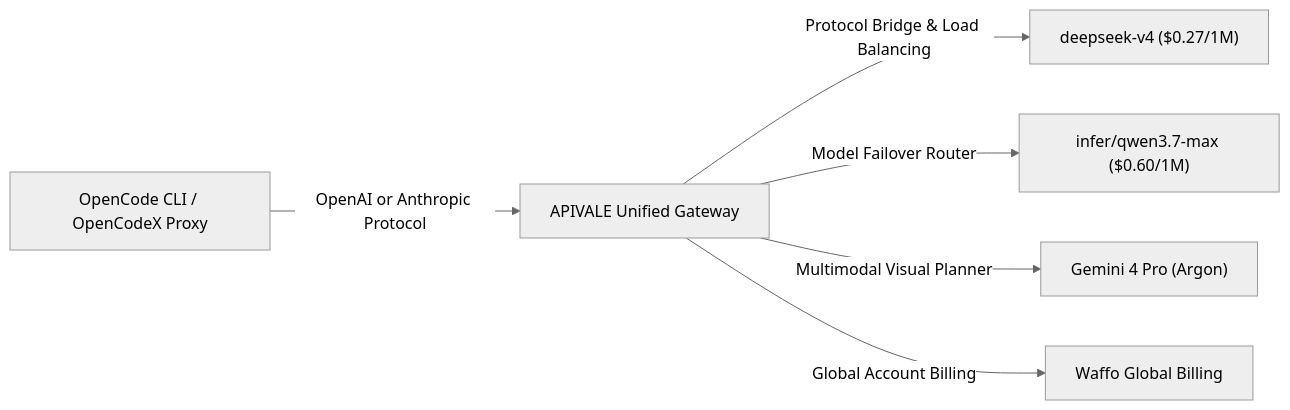
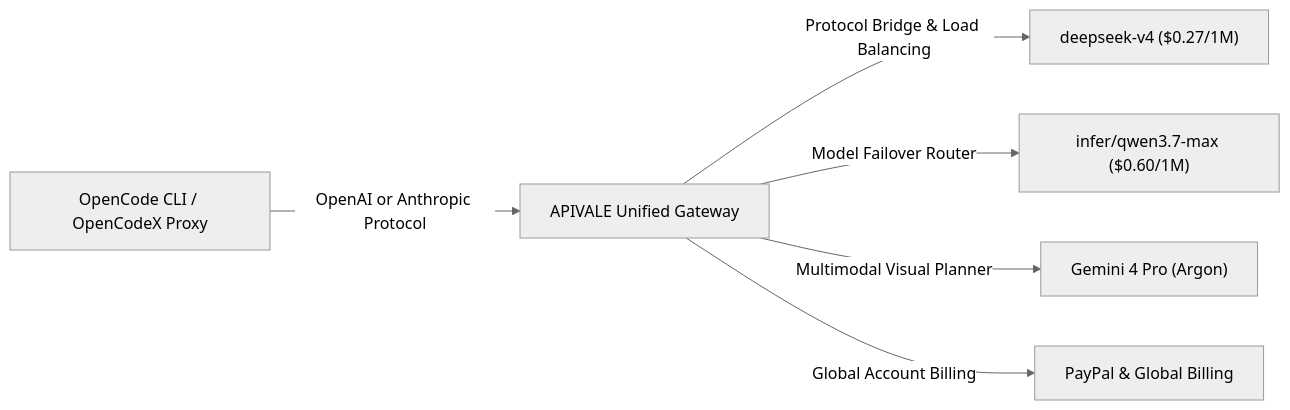
One commit to bshx2024/apivel_blog changed the diagram in src/content/blog/how-to-reduce-opencode-token-costs.md. Above: the diagram before and after it, drawn with Mermaid (neutral theme). The commit also changed other lines of this file and 8 other files, not shown here.

````diff
--- a/src/content/blog/how-to-reduce-opencode-token-costs.md
+++ b/src/content/blog/how-to-reduce-opencode-token-costs.md
@@ -33,8 +46,8 @@
 ```mermaid
 graph LR
     A["OpenCode CLI / OpenCodeX Proxy"] -->|OpenAI or Anthropic Protocol| B["APIVALE Unified Gateway"]
     B -->|Protocol Bridge & Load Balancing| C["deepseek-v4 ($0.27/1M)"]
     B -->|Model Failover Router| D["infer/qwen3.7-max ($0.60/1M)"]
     B -->|Multimodal Visual Planner| F["Gemini 4 Pro (Argon)"]
-    B -->|Global Account Billing| E["Waffo Global Billing"]
+    B -->|Global Account Billing| E["PayPal & Global Billing"]
 ```
````
